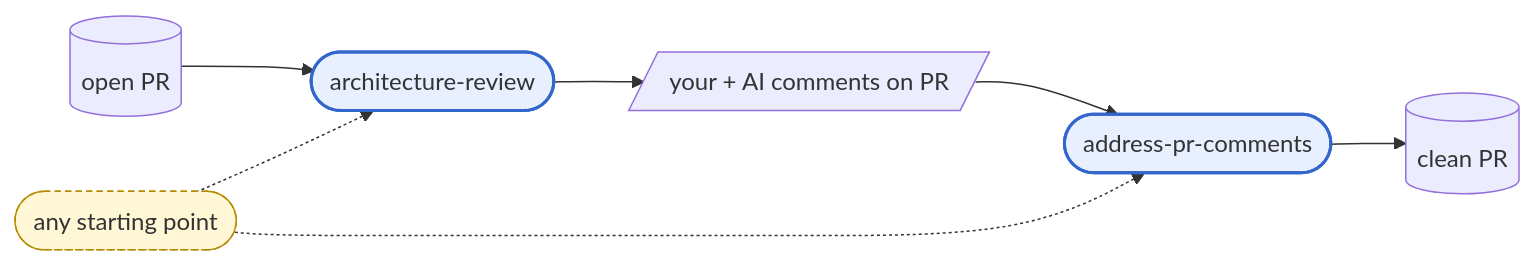
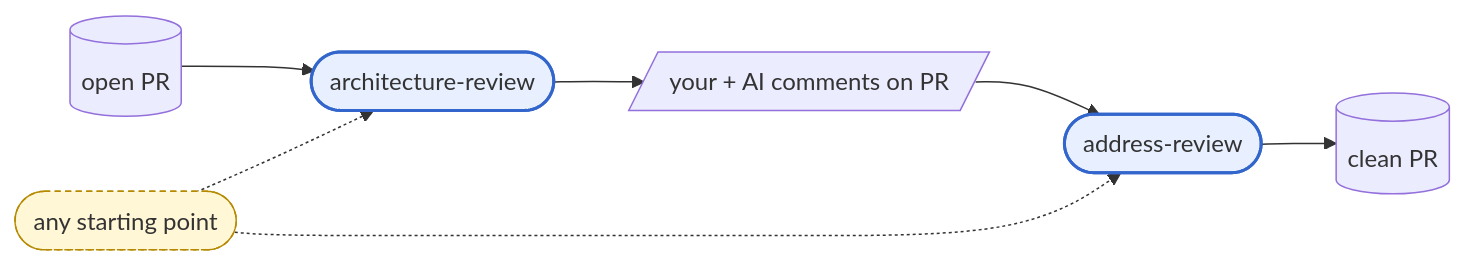
One commit to mohasarc/mo-skills changed diagram 14 of 22 in README.md. Above: the diagram before and after it, drawn with Mermaid. The commit also changed other lines of this file and 4 other files, not shown here.

Commit message:
add address-review, architecture-review, and grill-me skills

````diff
--- a/README.md
+++ b/README.md
@@ -329,15 +329,15 @@
 ```mermaid
 flowchart LR
     Start([any starting point]):::entry
 
     AR([architecture-review]):::skill
-    APR([address-pr-comments]):::skill
+    APR([address-review]):::skill
 
     PR[(open PR)] --> AR --> Comments[/your + AI comments on PR/] --> APR --> Done[(clean PR)]
 
     Start -.-> AR
     Start -.-> APR
 
     classDef skill fill:#e8f0ff,stroke:#3366cc,stroke-width:2px
     classDef entry fill:#fff7d6,stroke:#b58900,stroke-dasharray:4 3
 ```
````
